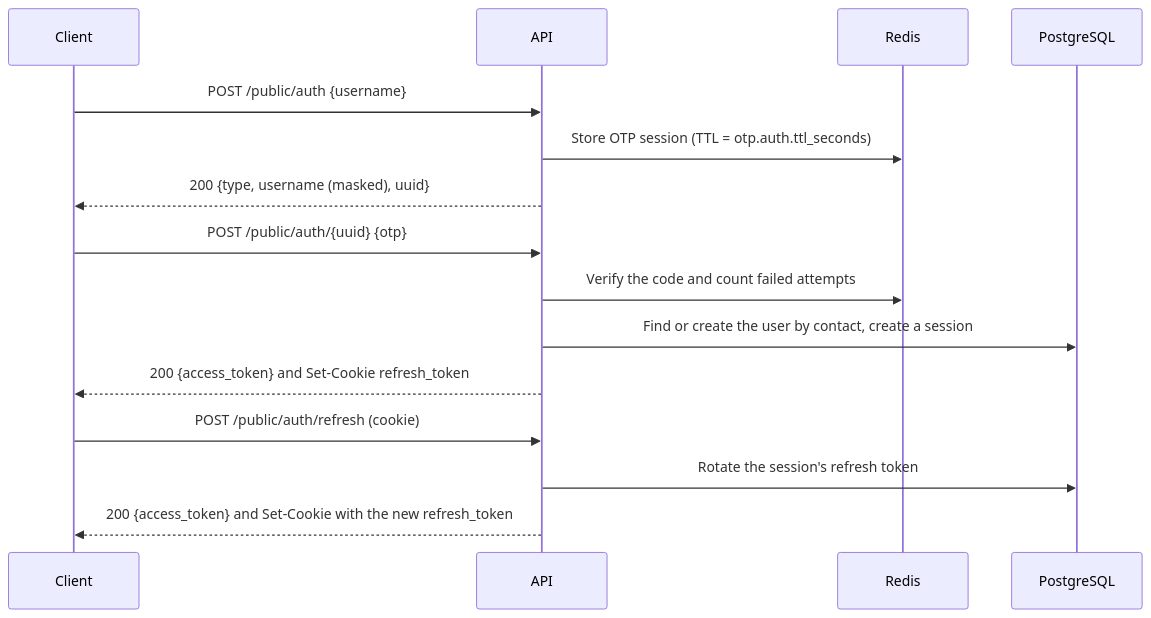
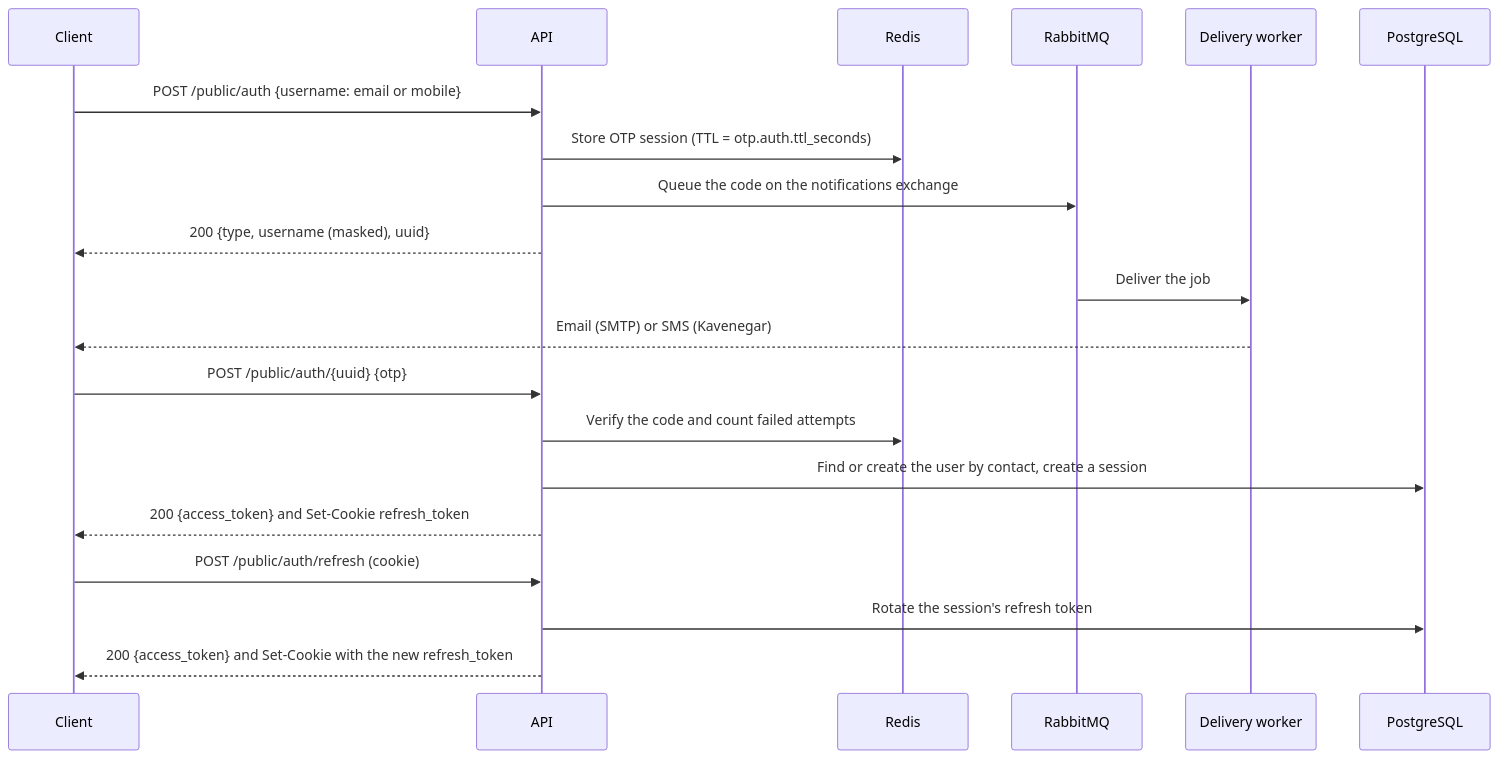
Before and after one commit to mdastpak/Crypto-Exchange: the diagram in docs/api.md, drawn with Mermaid. The commit also changed other lines of this file and 32 other files, not shown here.

First line of the commit message:
feat(notify): deliver OTP codes by email and SMS through RabbitMQ

````diff
--- a/docs/api.md
+++ b/docs/api.md
@@ -48,17 +48,22 @@
 ```mermaid
 sequenceDiagram
     participant C as Client
     participant A as API
     participant R as Redis
+    participant Q as RabbitMQ
+    participant W as Delivery worker
     participant P as PostgreSQL
-    C->>A: POST /public/auth {username}
+    C->>A: POST /public/auth {username: email or mobile}
     A->>R: Store OTP session (TTL = otp.auth.ttl_seconds)
+    A->>Q: Queue the code on the notifications exchange
     A-->>C: 200 {type, username (masked), uuid}
+    Q->>W: Deliver the job
+    W-->>C: Email (SMTP) or SMS (Kavenegar)
     C->>A: POST /public/auth/{uuid} {otp}
     A->>R: Verify the code and count failed attempts
     A->>P: Find or create the user by contact, create a session
     A-->>C: 200 {access_token} and Set-Cookie refresh_token
     C->>A: POST /public/auth/refresh (cookie)
     A->>P: Rotate the session's refresh token
     A-->>C: 200 {access_token} and Set-Cookie with the new refresh_token
 ```
````
